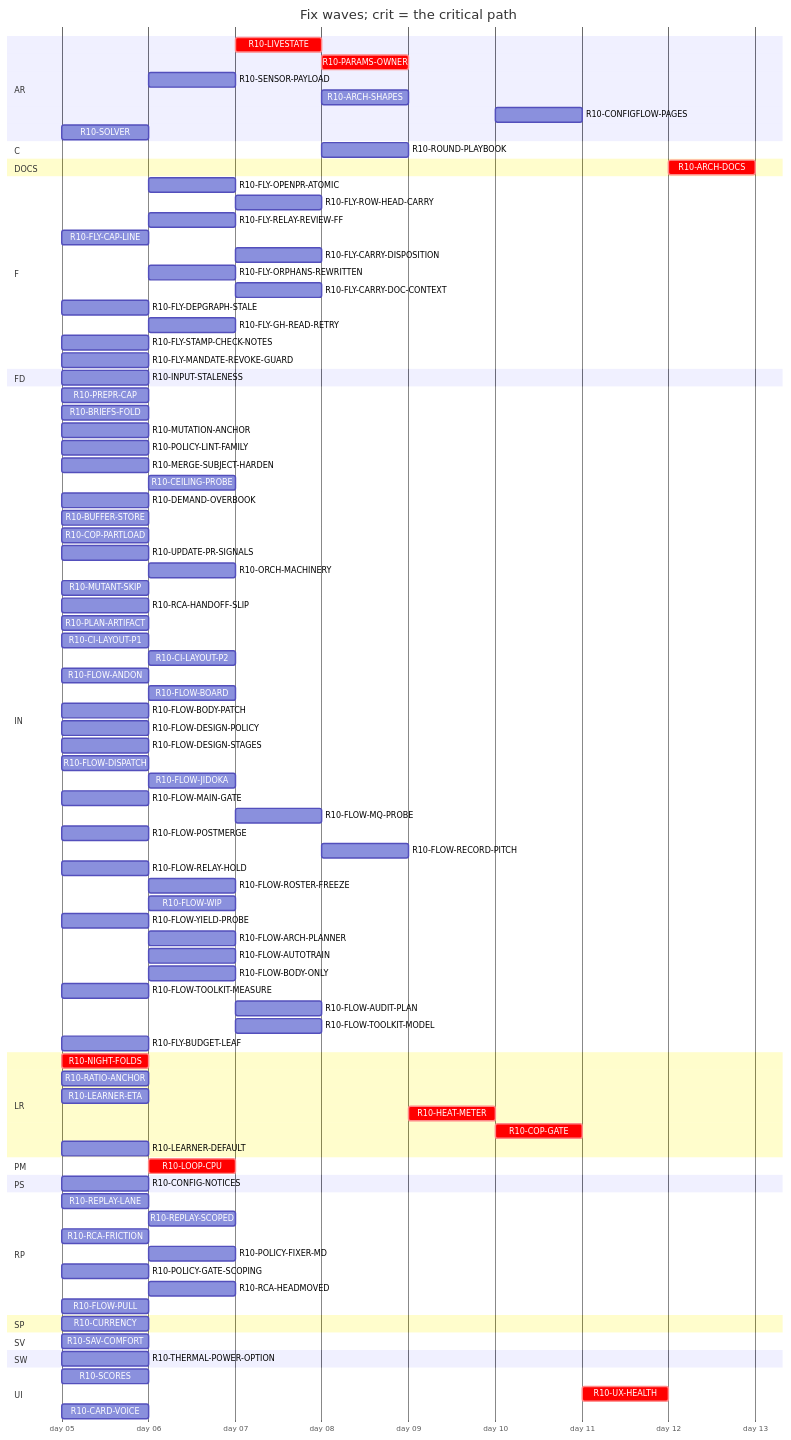
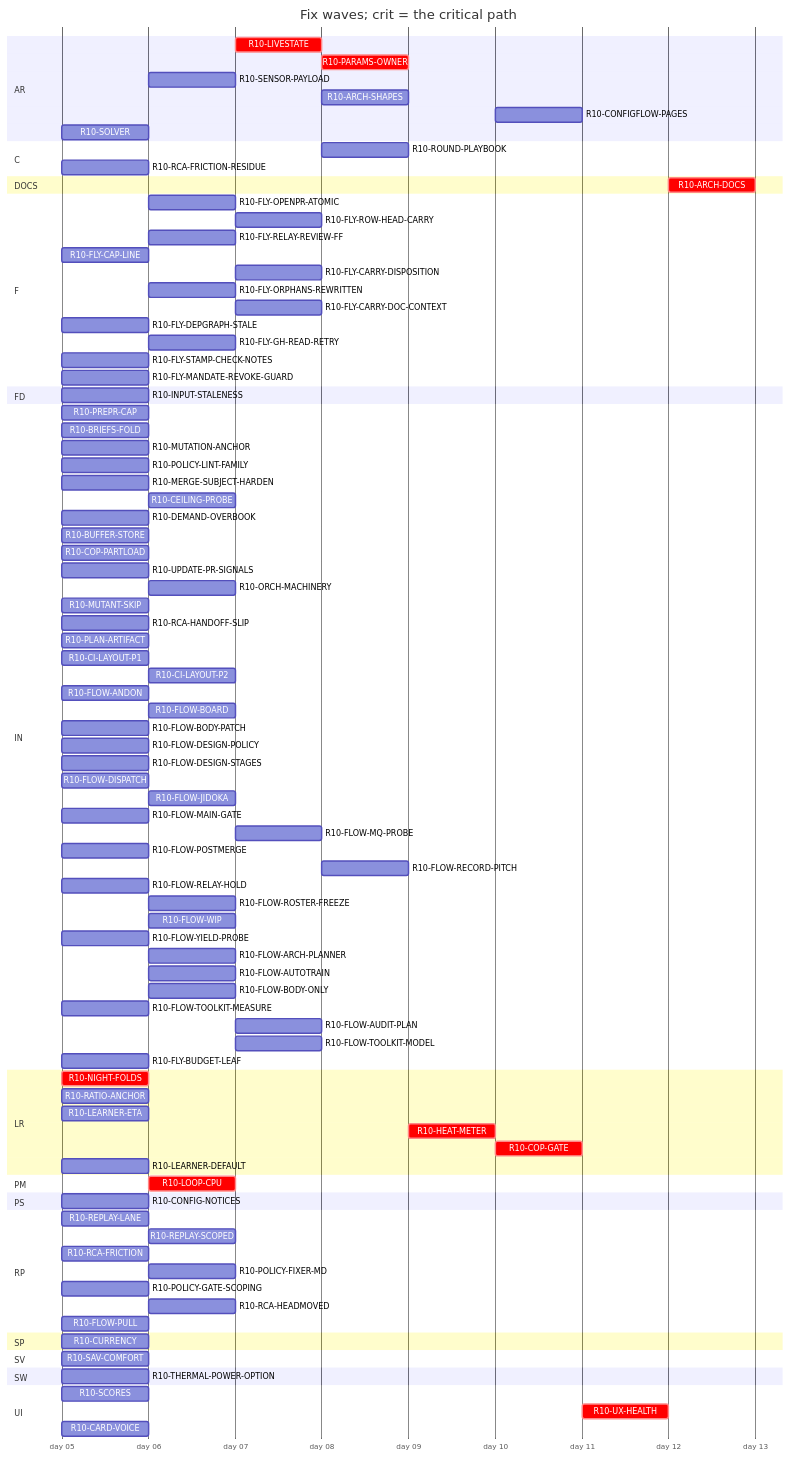
Before and after one commit to tvofi/heatpump_optimizer: the diagram in handoff/round10/state/PLAN-TABLE.md, drawn with Mermaid. The commit also changed other lines of this file and 2 other files, not shown here.

```diff
--- a/handoff/round10/state/PLAN-TABLE.md
+++ b/handoff/round10/state/PLAN-TABLE.md
@@ -38,6 +38,7 @@
     R10-SOLVER :r10SOLVER, 2026-01-05, 1d
   section C
     R10-ROUND-PLAYBOOK :r10ROUNDPLAYBOOK, after r10FLOWARCHPLANNER r10FLOWAUDITPLAN r10ORCHMACHINERY r10FLOWAUTOTRAIN r10FLOWMAINGATE r10FLOWDISPATCH r10CILAYOUTP2, 1d
+    R10-RCA-FRICTION-RESIDUE :r10RCAFRICTIONRESIDUE, 2026-01-05, 1d
   section DOCS
     R10-ARCH-DOCS :crit, r10ARCHDOCS, after r10NIGHTFOLDS r10RATIOANCHOR r10INPUTSTALENESS r10CURRENCY r10LOOPCPU r10SCORES r10LIVESTATE r10CONFIGNOTICES r10PARAMSOWNER r10SENSORPAYLOAD r10ARCHSHAPES r10LEARNERETA r10HEATMETER r10COPGATE r10UXHEALTH r10CONFIGFLOWPAGES r10SOLVER r10BRIEFSFOLD r10REPLAYLANE r10REPLAYSCOPED, 1d
   section F
```
